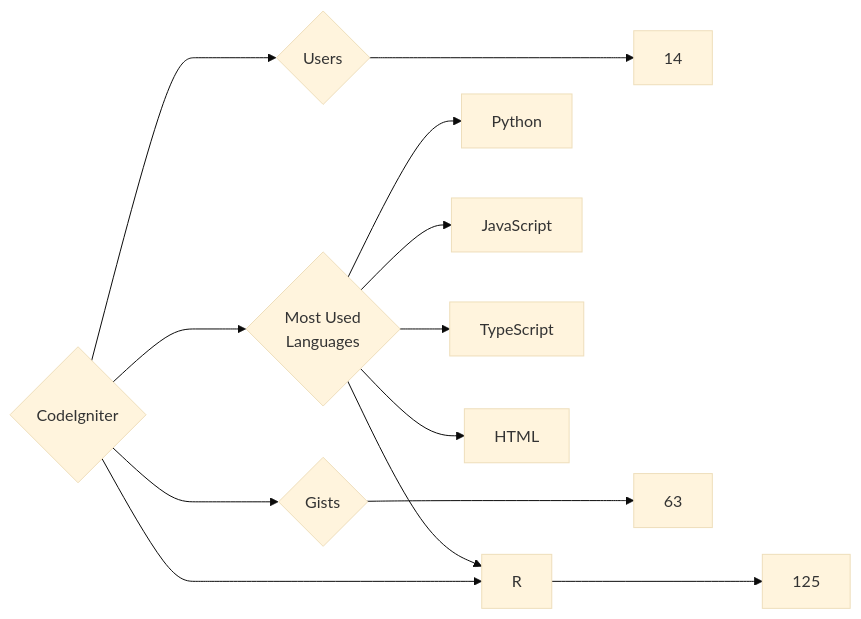
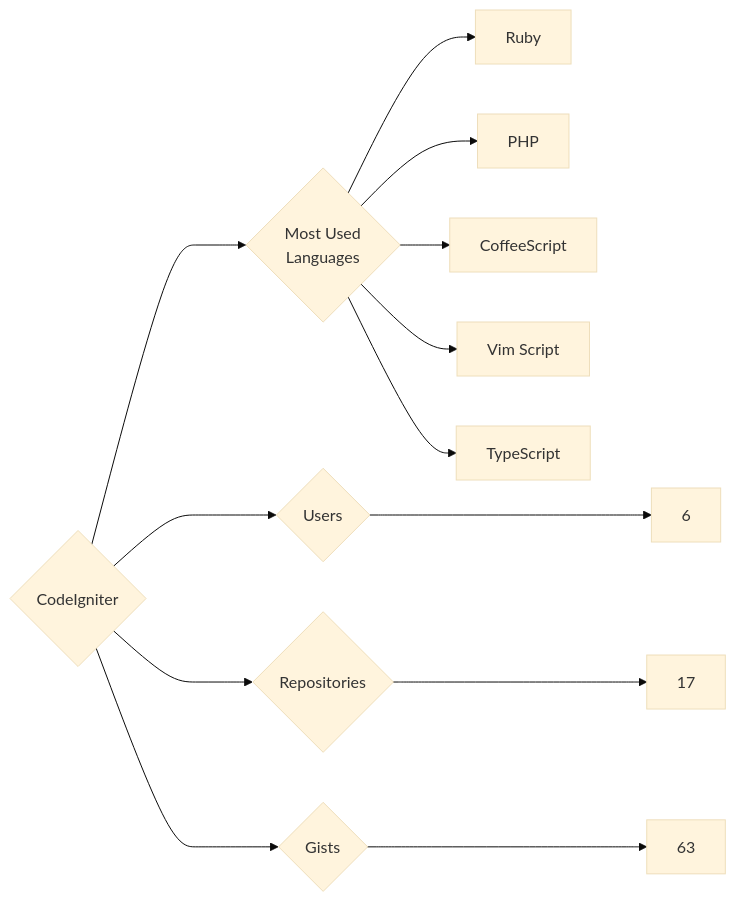
One commit to trickest/insiders changed the diagram in targets/CodeIgniter/README.md. Above: the diagram before and after it, drawn with Mermaid (base theme). The commit also changed 1089 other files, not shown here.

````diff
--- a/targets/CodeIgniter/README.md
+++ b/targets/CodeIgniter/README.md
@@ -3,13 +3,13 @@
 ```mermaid
 graph LR
 COMPANY_NAME{CodeIgniter}
-COMPANY_NAME ---> U{Users} ---> UN[14]
-COMPANY_NAME ---> R{Repositories} ---> RN[125]
+COMPANY_NAME ---> U{Users} ---> UN[6]
+COMPANY_NAME ---> R{Repositories} ---> RN[17]
 COMPANY_NAME ---> G{Gists} ---> GN[63]
 COMPANY_NAME ---> ML{Most Used<br>Languages}
-ML --> Python[Python]
-ML --> JavaScript[JavaScript]
+ML --> Ruby[Ruby]
+ML --> PHP[PHP]
+ML --> CoffeeScript[CoffeeScript]
+ML --> Vim_Script[Vim Script]
 ML --> TypeScript[TypeScript]
-ML --> R[R]
-ML --> HTML[HTML]
 ```
````
